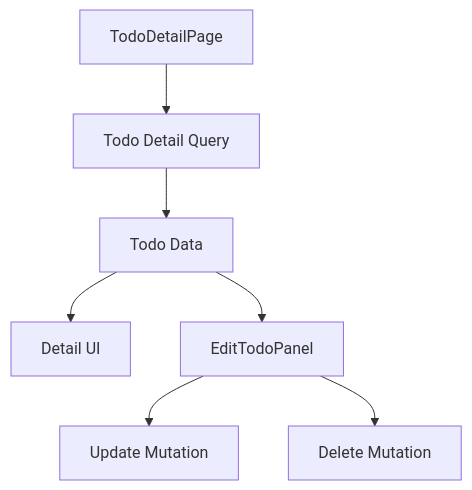
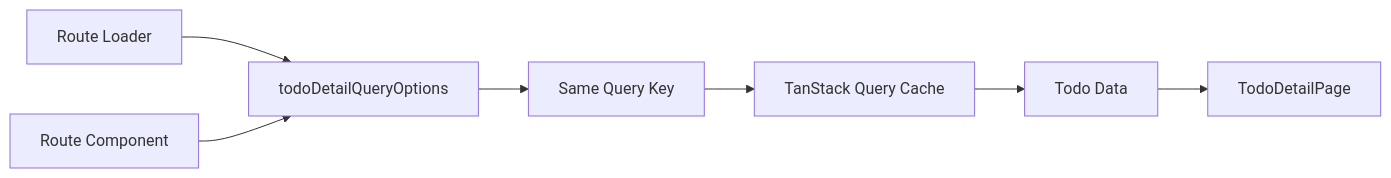
One commit to thehermitdev/tanstack-router-boilerplate changed the second of 8 diagrams in docs/details/todos/pages-todo-detail-page.md. Above: the diagram before and after it, drawn with Mermaid. The commit also changed other lines of this file, not shown here.

Commit message:
docs: explain todo detail page tutorial

````diff
--- a/docs/details/todos/pages-todo-detail-page.md
+++ b/docs/details/todos/pages-todo-detail-page.md
@@ -67,9 +283,9 @@
 ```mermaid
-flowchart TD
-    A[TodoDetailPage] --> B[Todo Detail Query]
-    B --> C[Todo Data]
-    C --> D[Detail UI]
-    C --> E[EditTodoPanel]
-    E --> F[Update Mutation]
-    E --> G[Delete Mutation]
+flowchart LR
+    A[Route Loader] --> C[todoDetailQueryOptions]
+    B[Route Component] --> C
+    C --> D[Same Query Key]
+    D --> E[TanStack Query Cache]
+    E --> F[Todo Data]
+    F --> G[TodoDetailPage]
 ```
````
